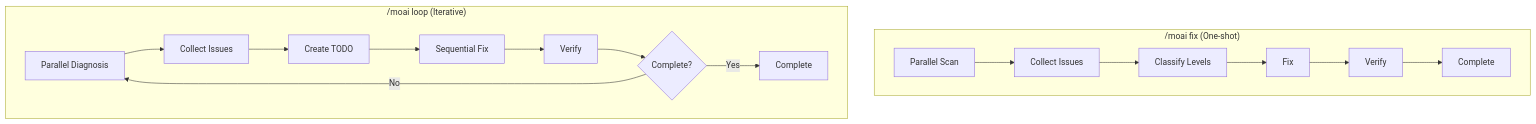
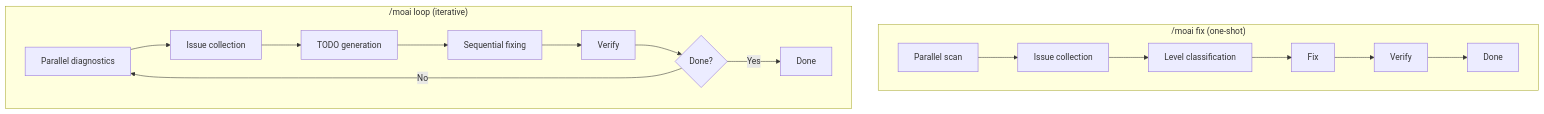
The third of 4 diagrams in docs-site/content/en/utility-commands/moai-loop.md (modu-ai/moai-adk), drawn with Mermaid before and after one commit. The commit also changed other lines of this file and 395 other files, not shown here.

````diff
--- a/docs-site/content/en/utility-commands/moai-loop.md
+++ b/docs-site/content/en/utility-commands/moai-loop.md
@@ -161,20 +184,20 @@
 ```mermaid
 flowchart TD
-    subgraph Fix["/moai fix (One-shot)"]
-        F1[Parallel Scan] --> F2[Collect Issues]
-        F2 --> F3[Classify Levels]
+    subgraph Fix["/moai fix (one-shot)"]
+        F1[Parallel scan] --> F2[Issue collection]
+        F2 --> F3[Level classification]
         F3 --> F4[Fix]
         F4 --> F5[Verify]
-        F5 --> F6[Complete]
+        F5 --> F6[Done]
     end
 
-    subgraph Loop["/moai loop (Iterative)"]
-        L1[Parallel Diagnosis] --> L2[Collect Issues]
-        L2 --> L3[Create TODO]
-        L3 --> L4[Sequential Fix]
+    subgraph Loop["/moai loop (iterative)"]
+        L1[Parallel diagnostics] --> L2[Issue collection]
+        L2 --> L3[TODO generation]
+        L3 --> L4[Sequential fixing]
         L4 --> L5[Verify]
-        L5 --> L6{Complete?}
+        L5 --> L6{Done?}
         L6 -->|No| L1
-        L6 -->|Yes| L7[Complete]
+        L6 -->|Yes| L7[Done]
     end
 ```
````
